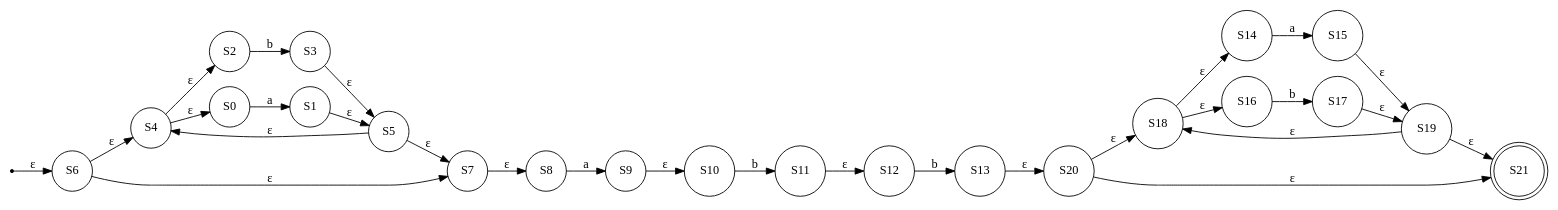
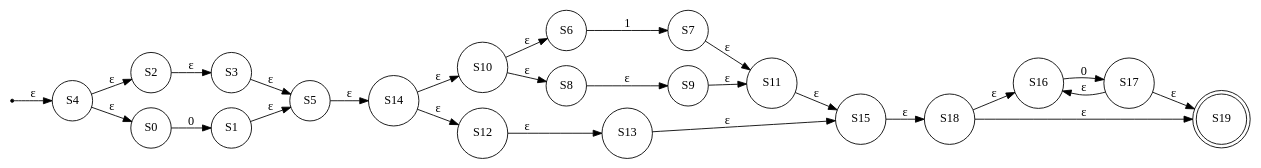
The diagram in Graphs/AFN/afn4.dot (DiggsPapu/TeoriaComputacion), drawn with Graphviz before and after one commit. The commit also changed 34 other files, not shown here.

```diff
--- a/Graphs/AFN/afn4.dot
+++ b/Graphs/AFN/afn4.dot
@@ -1,54 +1,49 @@
 digraph AFN{
 node [shape=circle];
 rankdir=LR;
 init [label="", shape=point];
 S1 [label="S1"];
 S2 [label="S2"];
 S3 [label="S3"];
 S4 [label="S4"];
 S5 [label="S5"];
 S6 [label="S6"];
 S7 [label="S7"];
 S8 [label="S8"];
 S9 [label="S9"];
 S10 [label="S10"];
 S11 [label="S11"];
 S12 [label="S12"];
 S13 [label="S13"];
 S14 [label="S14"];
 S15 [label="S15"];
 S16 [label="S16"];
 S17 [label="S17"];
 S18 [label="S18"];
-S19 [label="S19"];
-S20 [label="S20"];
-S21[shape=doublecircle] [label="S21"];
-S0->S1[label="a"];
+S19[shape=doublecircle] [label="S19"];
+S0->S1[label="0"];
 S1->S5[label="ε"];
-S2->S3[label="b"];
+S2->S3[label="ε"];
 S3->S5[label="ε"];
+init->S4[label="ε"];
 S4->S0[label="ε"];
 S4->S2[label="ε"];
-S5->S4[label="ε"];
-S5->S7[label="ε"];
-init->S6[label="ε"];
-S6->S7[label="ε"];
-S6->S4[label="ε"];
-S7->S8[label="ε"];
-S8->S9[label="a"];
-S9->S10[label="ε"];
-S10->S11[label="b"];
-S11->S12[label="ε"];
-S12->S13[label="b"];
-S13->S20[label="ε"];
-S14->S15[label="a"];
-S15->S19[label="ε"];
-S16->S17[label="b"];
+S5->S14[label="ε"];
+S6->S7[label="1"];
+S7->S11[label="ε"];
+S8->S9[label="ε"];
+S9->S11[label="ε"];
+S10->S6[label="ε"];
+S10->S8[label="ε"];
+S11->S15[label="ε"];
+S12->S13[label="ε"];
+S13->S15[label="ε"];
+S14->S10[label="ε"];
+S14->S12[label="ε"];
+S15->S18[label="ε"];
+S16->S17[label="0"];
+S17->S16[label="ε"];
 S17->S19[label="ε"];
-S18->S14[label="ε"];
+S18->S19[label="ε"];
 S18->S16[label="ε"];
-S19->S18[label="ε"];
-S19->S21[label="ε"];
-S20->S21[label="ε"];
-S20->S18[label="ε"];
 }
```
